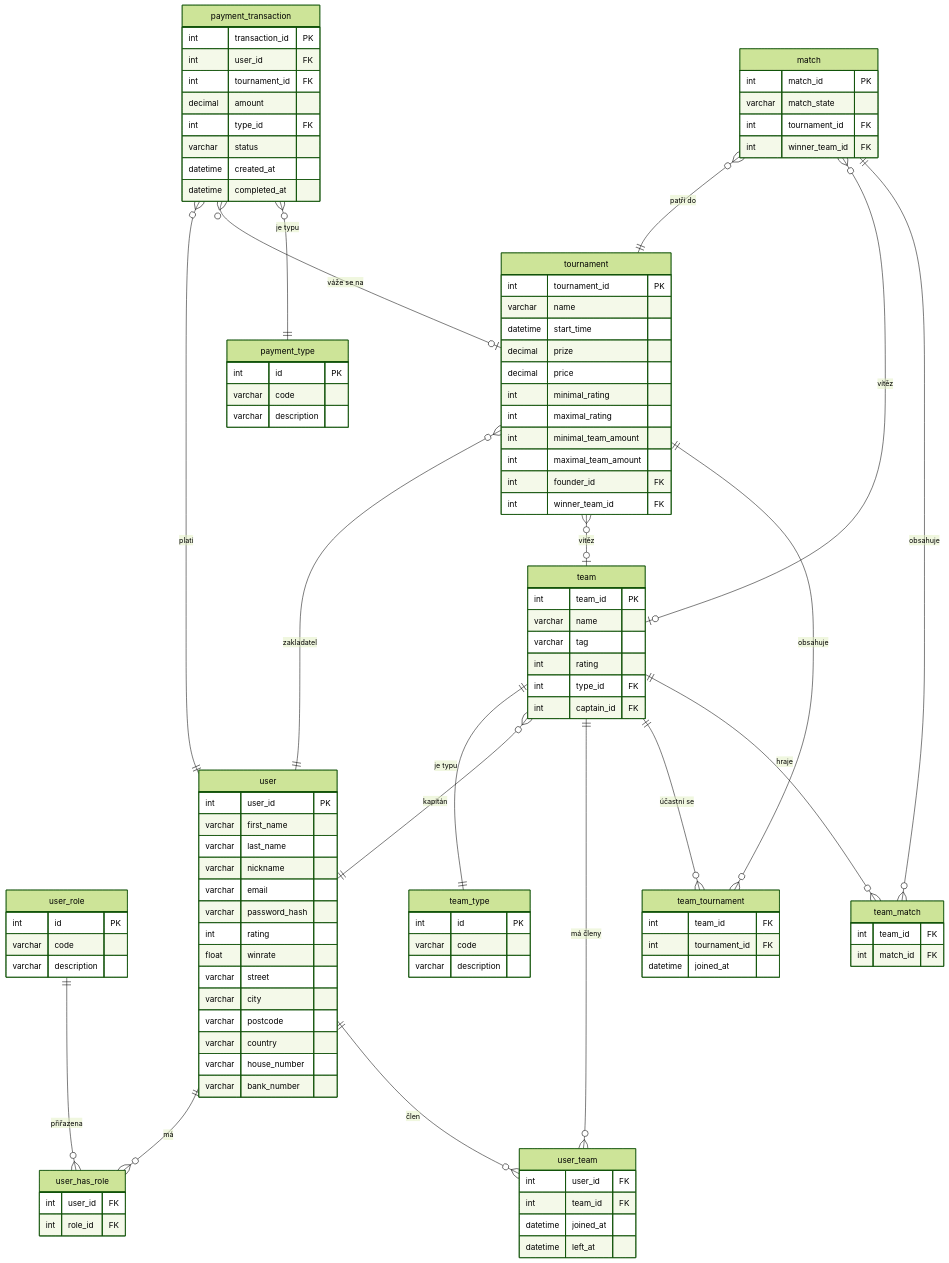
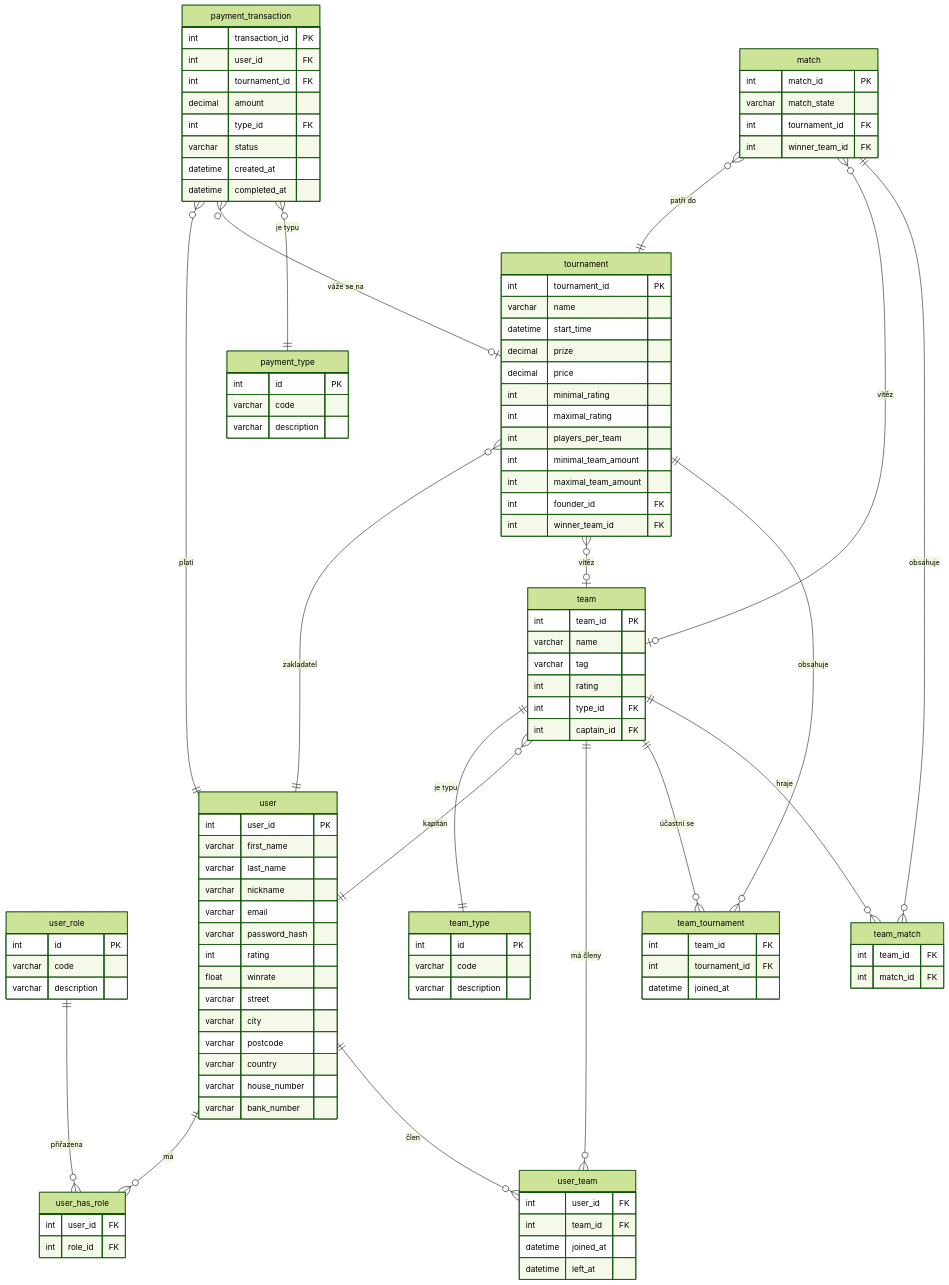
One commit to Ajraa/TournamentPlatform changed the diagram in docs/db-diagram.mermaid. Above: the diagram before and after it, drawn with Mermaid (forest theme). The commit also changed 8 other files, not shown here.

Commit message:
Docker compose, napojení DB a přidání class diagramu

```diff
--- a/docs/db-diagram.mermaid
+++ b/docs/db-diagram.mermaid
@@ -1,142 +1,143 @@
 
 erDiagram
 
 %% ==========================================
 %% ČÍSELNÍKY
 %% ==========================================
 
     user_role {
         int id PK
         varchar code
         varchar description
     }
 
     team_type {
         int id PK
         varchar code
         varchar description
     }
 
     payment_type {
         int id PK
         varchar code
         varchar description
     }
 
 %% ==========================================
 %% HLAVNÍ ENTITY
 %% ==========================================
 
     user {
         int user_id PK
         varchar first_name
         varchar last_name
         varchar nickname
         varchar email
         varchar password_hash
         int rating
         float winrate
         varchar street
         varchar city
         varchar postcode
         varchar country
         varchar house_number
         varchar bank_number
     }
 
     team {
         int team_id PK
         varchar name
         varchar tag
         int rating
         int type_id FK
         int captain_id FK
     }
 
     tournament {
         int tournament_id PK
         varchar name
         datetime start_time
         decimal prize
         decimal price
         int minimal_rating
         int maximal_rating
+        int players_per_team
         int minimal_team_amount
         int maximal_team_amount
         int founder_id FK
         int winner_team_id FK
     }
 
     match {
         int match_id PK
         varchar match_state
         int tournament_id FK
         int winner_team_id FK
     }
 
     payment_transaction {
         int transaction_id PK
         int user_id FK
         int tournament_id FK
         decimal amount
         int type_id FK
         varchar status
         datetime created_at
         datetime completed_at
     }
 
 %% ==========================================
 %% VAZEBNÍ TABULKY
 %% ==========================================
 
     user_has_role {
         int user_id FK
         int role_id FK
     }
 
     user_team {
         int user_id FK
         int team_id FK
         datetime joined_at
         datetime left_at
     }
 
     team_tournament {
         int team_id FK
         int tournament_id FK
         datetime joined_at
     }
 
     team_match {
         int team_id FK
         int match_id FK
     }
 
 %% ==========================================
 %% RELACE
 %% ==========================================
 
     user ||--o{ user_has_role : "má"
     user_role ||--o{ user_has_role : "přiřazena"
 
     team ||--|| team_type : "je typu"
     team }o--|| user : "kapitán"
 
     tournament }o--|| user : "zakladatel"
     tournament }o--o| team : "vítěz"
 
     match }o--|| tournament : "patří do"
     match }o--o| team : "vítěz"
 
     payment_transaction }o--|| user : "platí"
     payment_transaction }o--o| tournament : "váže se na"
     payment_transaction }o--|| payment_type : "je typu"
 
     user ||--o{ user_team : "člen"
     team ||--o{ user_team : "má členy"
 
     team ||--o{ team_tournament : "účastní se"
     tournament ||--o{ team_tournament : "obsahuje"
 
     team ||--o{ team_match : "hraje"
     match ||--o{ team_match : "obsahuje"
```
